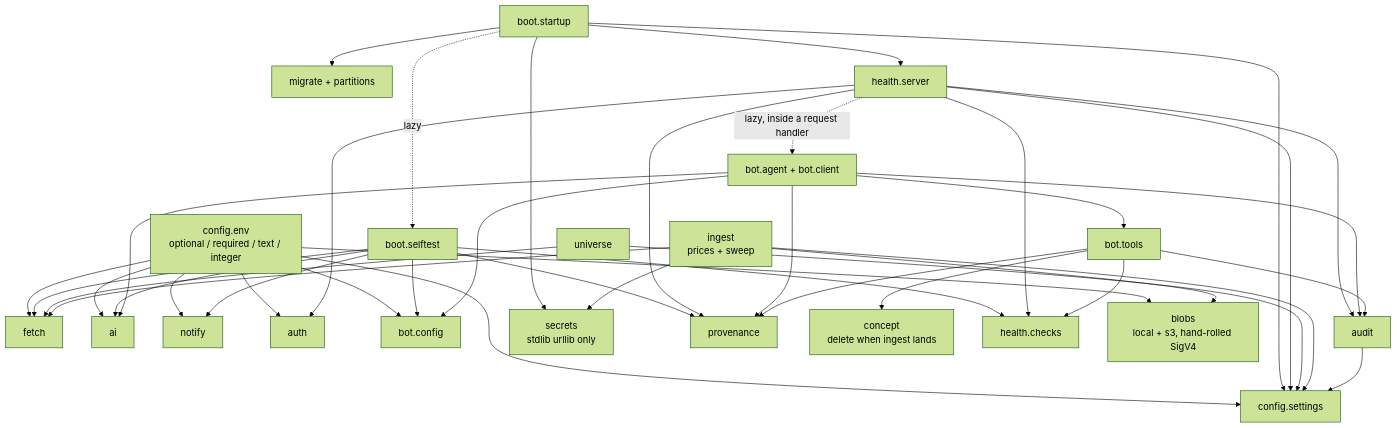
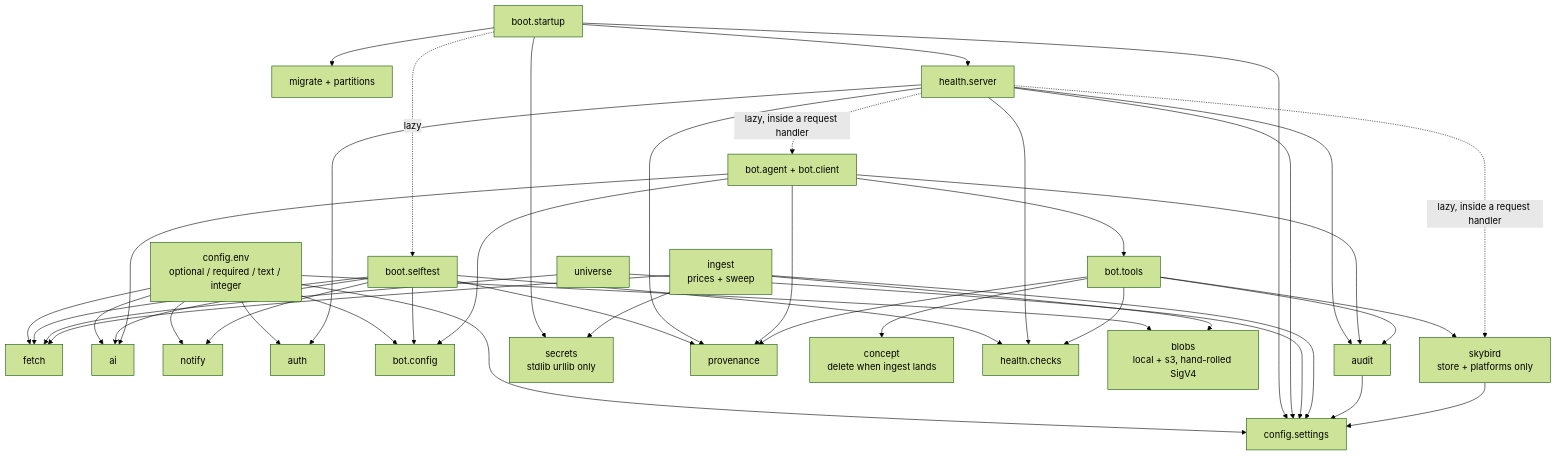
One commit to D1K03/stock-aggregator changed the third of 14 diagrams in docs/architecture.md. Above: the diagram before and after it, drawn with Mermaid (forest theme). The commit also changed other lines of this file and 50 other files, not shown here.

````diff
--- a/docs/architecture.md
+++ b/docs/architecture.md
@@ -156,75 +185,79 @@
 ```mermaid
 flowchart TD
     env["config.env<br/>optional / required / text / integer"]
     settings["config.settings"]
     fetch["fetch"]
     ai["ai"]
     notify["notify"]
     auth["auth"]
     botcfg["bot.config"]
     audit["audit"]
 
     env --> settings
     env --> fetch
     env --> ai
     env --> notify
     env --> auth
     env --> botcfg
 
     secrets["secrets<br/>stdlib urllib only"]
     prov["provenance"]
     concept["concept<br/>delete when ingest lands"]
     migrate["migrate + partitions"]
     checks["health.checks"]
 
     boot["boot.startup"]
     selftest["boot.selftest"]
     health["health.server"]
     bot["bot.agent + bot.client"]
     tools["bot.tools"]
     universe["universe"]
     blobs["blobs<br/>local + s3, hand-rolled SigV4"]
     ingest["ingest<br/>prices + sweep"]
+    skybird["skybird<br/>store + platforms only"]
 
     boot --> settings
     boot --> secrets
     boot --> migrate
     boot --> health
     boot -.->|lazy| selftest
 
     selftest --> ai
     selftest --> fetch
     selftest --> notify
     selftest --> botcfg
     selftest --> checks
     selftest --> prov
 
     health --> settings
     health --> audit
     health --> auth
     health --> checks
     health --> prov
     health -.->|"lazy, inside a request handler"| bot
 
     bot --> ai
     bot --> audit
     bot --> prov
     bot --> botcfg
     bot --> tools
 
     tools --> concept
+    tools --> skybird
     tools --> audit
     tools --> checks
     tools --> prov
 
     universe --> settings
     universe --> fetch
 
     env --> blobs
     ingest --> settings
     ingest --> secrets
     ingest --> fetch
     ingest --> blobs
 
     audit --> settings
+    health -.->|"lazy, inside a request handler"| skybird
+    skybird --> settings
 ```
````
